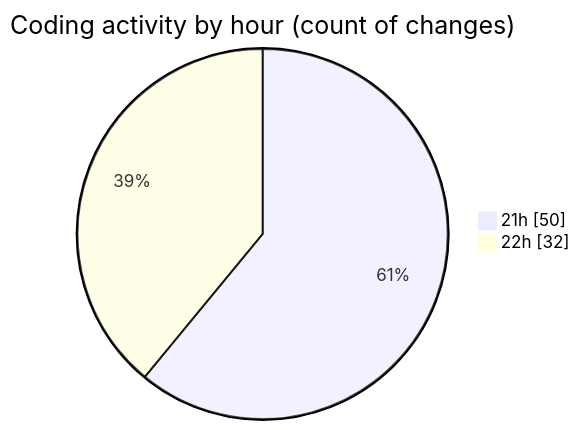
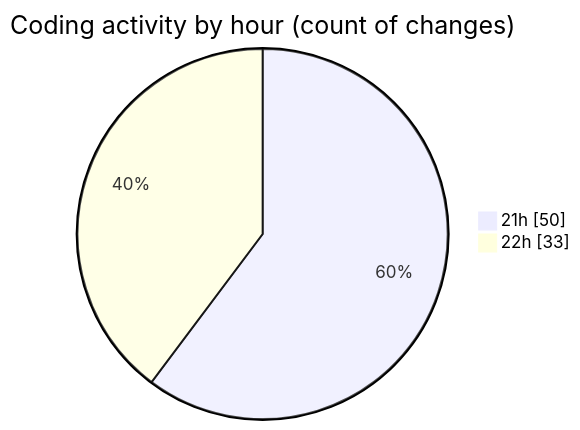
Before and after one commit to lephambinh05/code-tracking: the second of 2 diagrams in 2025-07-22/nhahang/README.md, drawn with Mermaid. The commit also changed other lines of this file and 1 other file, not shown here.

````diff
--- a/2025-07-22/nhahang/README.md
+++ b/2025-07-22/nhahang/README.md
@@ -69,6 +69,6 @@
 ```mermaid
 pie showData
 title Coding activity by hour (count of changes)
 "21h" : 50
-"22h" : 32
+"22h" : 33
 ```
````
